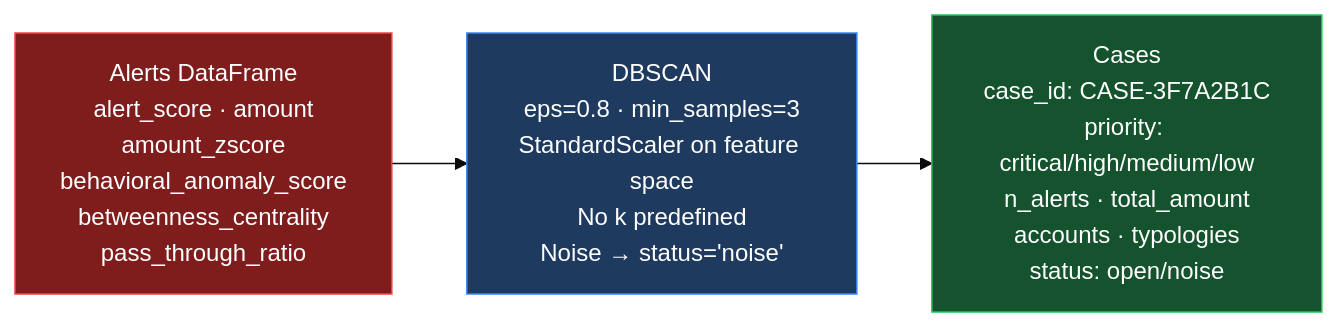
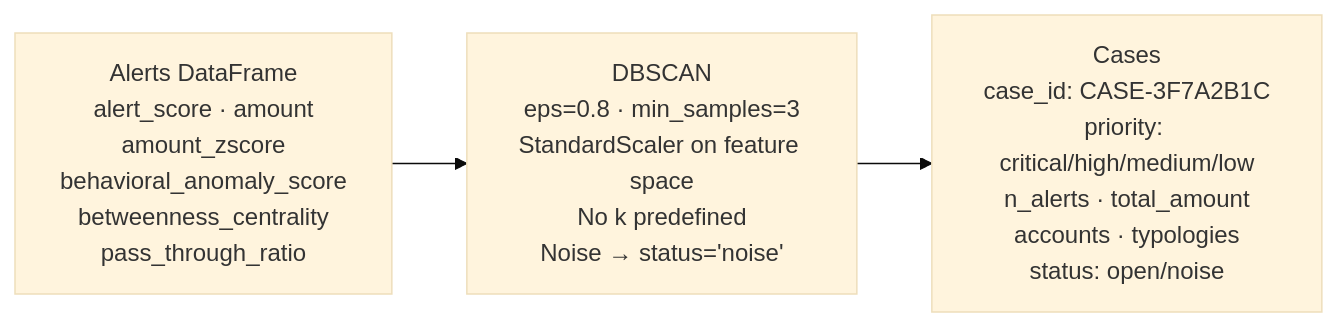
Before and after one commit to gregorizeidler/AML-multiverse-simulator: diagram 12 of 23 in README.md, drawn with Mermaid (base theme). The commit also changed other lines of this file, not shown here.

Commit message:
fix: remove all custom mermaid style directives incompatible with GitHub renderer

````diff
--- a/README.md
+++ b/README.md
@@ -1036,10 +977,7 @@
 ```mermaid
 flowchart LR
-    style A fill:#7f1d1d,stroke:#ef4444,color:#fff
-    style D fill:#1e3a5f,stroke:#3b82f6,color:#fff
-    style C fill:#14532d,stroke:#22c55e,color:#fff
 
     A["Alerts DataFrame\nalert_score · amount\namount_zscore\nbehavioral_anomaly_score\nbetweenness_centrality\npass_through_ratio"] --> D
     D["DBSCAN\neps=0.8 · min_samples=3\nStandardScaler on feature space\nNo k predefined\nNoise → status='noise'"] --> C
     C["Cases\ncase_id: CASE-3F7A2B1C\npriority: critical/high/medium/low\nn_alerts · total_amount\naccounts · typologies\nstatus: open/noise"]
 ```
````
